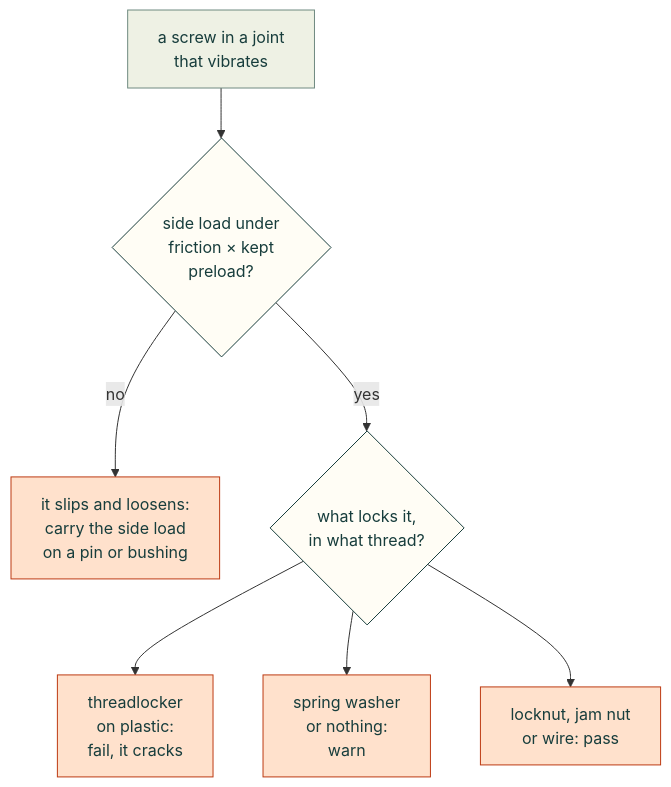
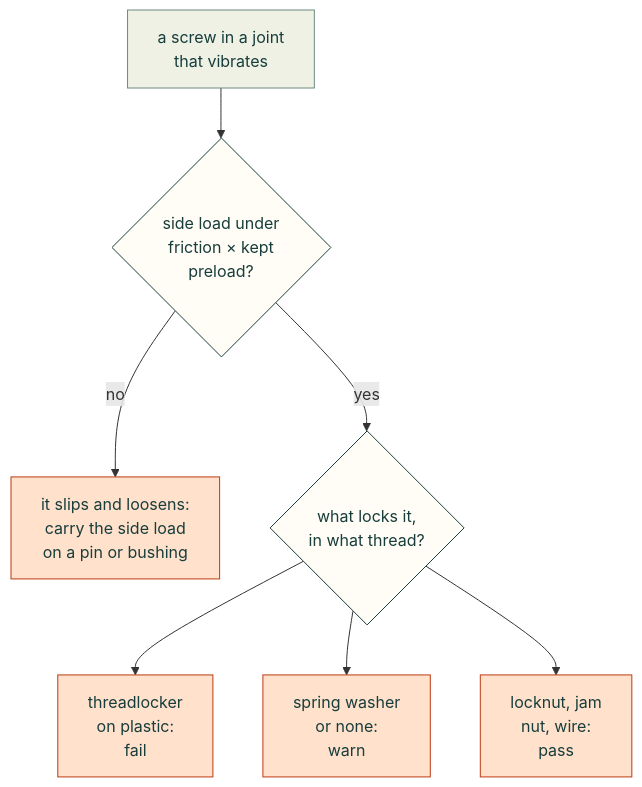
Before and after one commit to Valpatel/cad-agent: the diagram in docs/printed-joints.md, drawn with Mermaid.

Commit message:
Printed joints page: loosening diagram fits the column (#97)

````diff
--- a/docs/printed-joints.md
+++ b/docs/printed-joints.md
@@ -76,15 +76,15 @@
 ```mermaid
 flowchart TD
     J["a screw in a joint<br/>that vibrates"] --> S{"side load under<br/>friction × kept<br/>preload?"}
     S -->|"no"| SL["it slips and loosens:<br/>carry the side load<br/>on a pin or bushing"]
     S -->|"yes"| L{"what locks it,<br/>in what thread?"}
-    L --> F["threadlocker<br/>on plastic:<br/>fail, it cracks"]
-    L --> W["spring washer<br/>or nothing:<br/>warn"]
-    L --> P["locknut, jam nut<br/>or wire: pass"]
+    L --> F["threadlocker<br/>on plastic:<br/>fail"]
+    L --> W["spring washer<br/>or none:<br/>warn"]
+    L --> P["locknut, jam<br/>nut, wire:<br/>pass"]
     classDef here fill:#fffdf5,stroke:#173d3c,color:#173d3c
     classDef near fill:#eef1e4,stroke:#6f8a80,color:#173d3c
     classDef out fill:#ffe1cc,stroke:#bd3a12,color:#173d3c
     class S,L here
     class J near
     class SL,F,W,P out
 ```
````
